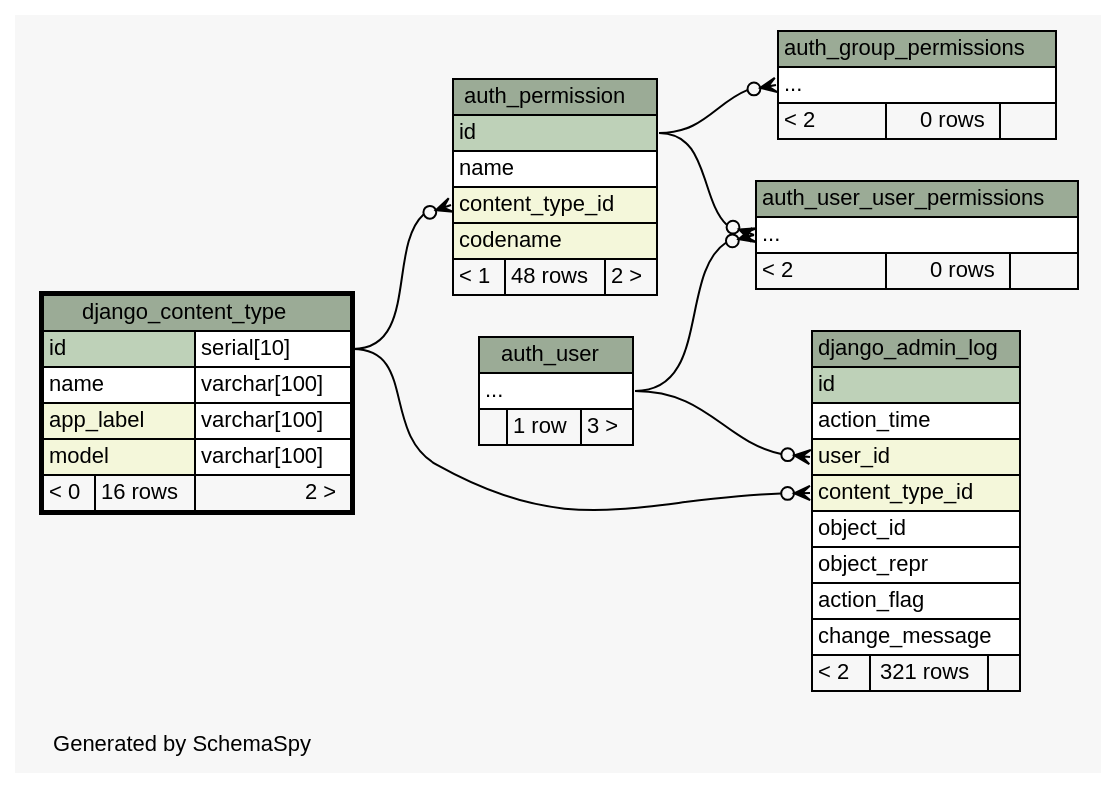
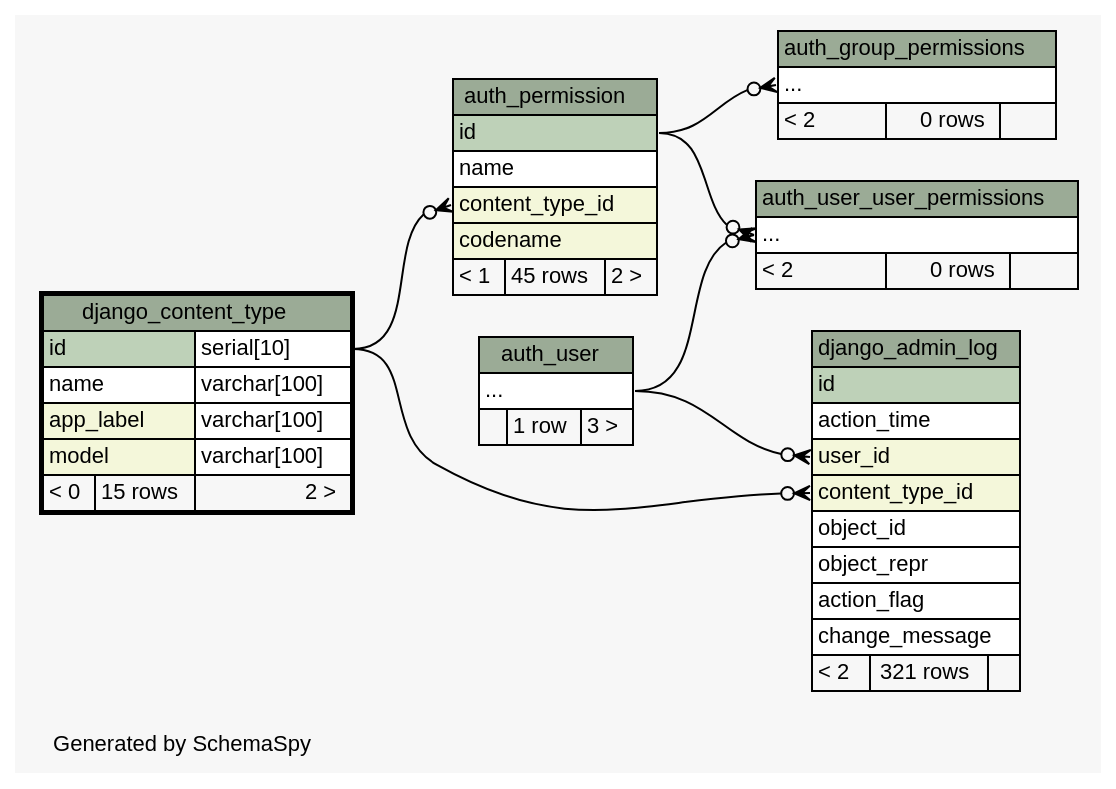
Before and after one commit to jingyayeah/multiscale-galactose: the diagram in database/schema/diagrams/django_content_type.2degrees.dot, drawn with Graphviz. The commit also changed 102 other files, not shown here.

Commit message:
Database schema updated

```diff
--- a/database/schema/diagrams/django_content_type.2degrees.dot
+++ b/database/schema/diagrams/django_content_type.2degrees.dot
@@ -1,101 +1,101 @@
 // dot 2.26.3 on Linux 3.11.0-12-generic
 // SchemaSpy rev 590
 digraph "twoDegreesRelationshipsDiagram" {
   graph [
     rankdir="RL"
     bgcolor="#f7f7f7"
     label="\nGenerated by SchemaSpy"
     labeljust="l"
     nodesep="0.18"
     ranksep="0.46"
     fontname="Helvetica"
     fontsize="11"
   ];
   node [
     fontname="Helvetica"
     fontsize="11"
     shape="plaintext"
   ];
   edge [
     arrowsize="0.8"
   ];
   "auth_group_permissions":"elipses":w -> "auth_permission":"id":e [arrowhead=none dir=back arrowtail=crowodot];
   "auth_permission":"content_type_id":w -> "django_content_type":"id.type":e [arrowhead=none dir=back arrowtail=crowodot];
   "auth_user_user_permissions":"elipses":w -> "auth_permission":"id":e [arrowhead=none dir=back arrowtail=crowodot];
   "auth_user_user_permissions":"elipses":w -> "auth_user":"elipses":e [arrowhead=none dir=back arrowtail=crowodot];
   "django_admin_log":"content_type_id":w -> "django_content_type":"id.type":e [arrowhead=none dir=back arrowtail=crowodot];
   "django_admin_log":"user_id":w -> "auth_user":"elipses":e [arrowhead=none dir=back arrowtail=crowodot];
   "auth_group_permissions" [
     label=<
     <TABLE BORDER="0" CELLBORDER="1" CELLSPACING="0" BGCOLOR="#ffffff">
       <TR><TD COLSPAN="3" BGCOLOR="#9bab96" ALIGN="CENTER">auth_group_permissions</TD></TR>
       <TR><TD PORT="elipses" COLSPAN="3" ALIGN="LEFT">...</TD></TR>
       <TR><TD ALIGN="LEFT" BGCOLOR="#f7f7f7">&lt; 2</TD><TD ALIGN="RIGHT" BGCOLOR="#f7f7f7">0 rows</TD><TD ALIGN="RIGHT" BGCOLOR="#f7f7f7">  </TD></TR>
     </TABLE>>
     URL="auth_group_permissions.html"
     tooltip="auth_group_permissions"
   ];
   "auth_permission" [
     label=<
     <TABLE BORDER="0" CELLBORDER="1" CELLSPACING="0" BGCOLOR="#ffffff">
       <TR><TD COLSPAN="3" BGCOLOR="#9bab96" ALIGN="CENTER">auth_permission</TD></TR>
       <TR><TD PORT="id" COLSPAN="3" BGCOLOR="#bed1b8" ALIGN="LEFT">id</TD></TR>
       <TR><TD PORT="name" COLSPAN="3" ALIGN="LEFT">name</TD></TR>
       <TR><TD PORT="content_type_id" COLSPAN="3" BGCOLOR="#f4f7da" ALIGN="LEFT">content_type_id</TD></TR>
       <TR><TD PORT="codename" COLSPAN="3" BGCOLOR="#f4f7da" ALIGN="LEFT">codename</TD></TR>
-      <TR><TD ALIGN="LEFT" BGCOLOR="#f7f7f7">&lt; 1</TD><TD ALIGN="RIGHT" BGCOLOR="#f7f7f7">48 rows</TD><TD ALIGN="RIGHT" BGCOLOR="#f7f7f7">2 &gt;</TD></TR>
+      <TR><TD ALIGN="LEFT" BGCOLOR="#f7f7f7">&lt; 1</TD><TD ALIGN="RIGHT" BGCOLOR="#f7f7f7">45 rows</TD><TD ALIGN="RIGHT" BGCOLOR="#f7f7f7">2 &gt;</TD></TR>
     </TABLE>>
     URL="auth_permission.html"
     tooltip="auth_permission"
   ];
   "auth_user" [
     label=<
     <TABLE BORDER="0" CELLBORDER="1" CELLSPACING="0" BGCOLOR="#ffffff">
       <TR><TD COLSPAN="3" BGCOLOR="#9bab96" ALIGN="CENTER">auth_user</TD></TR>
       <TR><TD PORT="elipses" COLSPAN="3" ALIGN="LEFT">...</TD></TR>
       <TR><TD ALIGN="LEFT" BGCOLOR="#f7f7f7">  </TD><TD ALIGN="RIGHT" BGCOLOR="#f7f7f7">1 row</TD><TD ALIGN="RIGHT" BGCOLOR="#f7f7f7">3 &gt;</TD></TR>
     </TABLE>>
     URL="auth_user.html"
     tooltip="auth_user"
   ];
   "auth_user_user_permissions" [
     label=<
     <TABLE BORDER="0" CELLBORDER="1" CELLSPACING="0" BGCOLOR="#ffffff">
       <TR><TD COLSPAN="3" BGCOLOR="#9bab96" ALIGN="CENTER">auth_user_user_permissions</TD></TR>
       <TR><TD PORT="elipses" COLSPAN="3" ALIGN="LEFT">...</TD></TR>
       <TR><TD ALIGN="LEFT" BGCOLOR="#f7f7f7">&lt; 2</TD><TD ALIGN="RIGHT" BGCOLOR="#f7f7f7">0 rows</TD><TD ALIGN="RIGHT" BGCOLOR="#f7f7f7">  </TD></TR>
     </TABLE>>
     URL="auth_user_user_permissions.html"
     tooltip="auth_user_user_permissions"
   ];
   "django_admin_log" [
     label=<
     <TABLE BORDER="0" CELLBORDER="1" CELLSPACING="0" BGCOLOR="#ffffff">
       <TR><TD COLSPAN="3" BGCOLOR="#9bab96" ALIGN="CENTER">django_admin_log</TD></TR>
       <TR><TD PORT="id" COLSPAN="3" BGCOLOR="#bed1b8" ALIGN="LEFT">id</TD></TR>
       <TR><TD PORT="action_time" COLSPAN="3" ALIGN="LEFT">action_time</TD></TR>
       <TR><TD PORT="user_id" COLSPAN="3" BGCOLOR="#f4f7da" ALIGN="LEFT">user_id</TD></TR>
       <TR><TD PORT="content_type_id" COLSPAN="3" BGCOLOR="#f4f7da" ALIGN="LEFT">content_type_id</TD></TR>
       <TR><TD PORT="object_id" COLSPAN="3" ALIGN="LEFT">object_id</TD></TR>
       <TR><TD PORT="object_repr" COLSPAN="3" ALIGN="LEFT">object_repr</TD></TR>
       <TR><TD PORT="action_flag" COLSPAN="3" ALIGN="LEFT">action_flag</TD></TR>
       <TR><TD PORT="change_message" COLSPAN="3" ALIGN="LEFT">change_message</TD></TR>
       <TR><TD ALIGN="LEFT" BGCOLOR="#f7f7f7">&lt; 2</TD><TD ALIGN="RIGHT" BGCOLOR="#f7f7f7">321 rows</TD><TD ALIGN="RIGHT" BGCOLOR="#f7f7f7">  </TD></TR>
     </TABLE>>
     URL="django_admin_log.html"
     tooltip="django_admin_log"
   ];
   "django_content_type" [
     label=<
     <TABLE BORDER="2" CELLBORDER="1" CELLSPACING="0" BGCOLOR="#ffffff">
       <TR><TD COLSPAN="3" BGCOLOR="#9bab96" ALIGN="CENTER">django_content_type</TD></TR>
       <TR><TD PORT="id" COLSPAN="2" BGCOLOR="#bed1b8" ALIGN="LEFT">id</TD><TD PORT="id.type" ALIGN="LEFT">serial[10]</TD></TR>
       <TR><TD PORT="name" COLSPAN="2" ALIGN="LEFT">name</TD><TD PORT="name.type" ALIGN="LEFT">varchar[100]</TD></TR>
       <TR><TD PORT="app_label" COLSPAN="2" BGCOLOR="#f4f7da" ALIGN="LEFT">app_label</TD><TD PORT="app_label.type" ALIGN="LEFT">varchar[100]</TD></TR>
       <TR><TD PORT="model" COLSPAN="2" BGCOLOR="#f4f7da" ALIGN="LEFT">model</TD><TD PORT="model.type" ALIGN="LEFT">varchar[100]</TD></TR>
-      <TR><TD ALIGN="LEFT" BGCOLOR="#f7f7f7">&lt; 0</TD><TD ALIGN="RIGHT" BGCOLOR="#f7f7f7">16 rows</TD><TD ALIGN="RIGHT" BGCOLOR="#f7f7f7">2 &gt;</TD></TR>
+      <TR><TD ALIGN="LEFT" BGCOLOR="#f7f7f7">&lt; 0</TD><TD ALIGN="RIGHT" BGCOLOR="#f7f7f7">15 rows</TD><TD ALIGN="RIGHT" BGCOLOR="#f7f7f7">2 &gt;</TD></TR>
     </TABLE>>
     URL="django_content_type.html"
     tooltip="django_content_type"
   ];
 }
```
